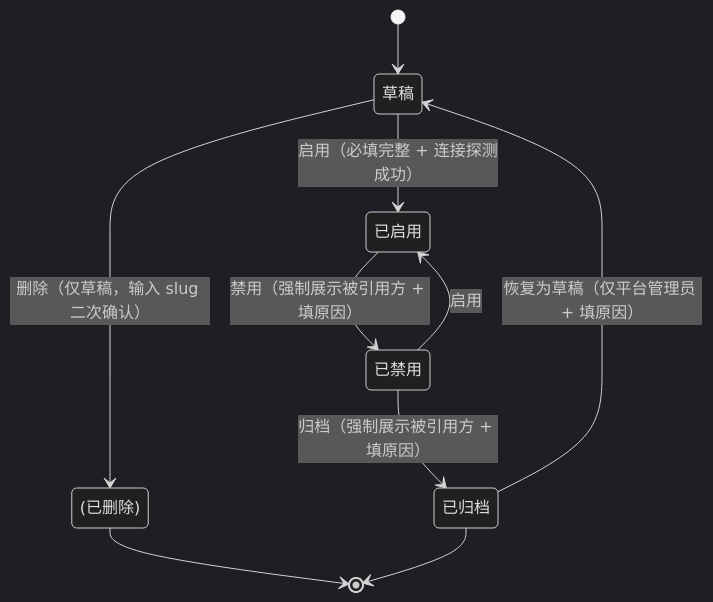
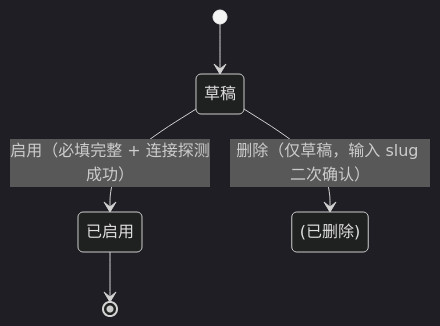
The fifth of 18 diagrams in docs/需求文档/20260709-【PRD】AI工作台-首页智能体-天马智擎.md (fri555/PORTL), drawn with Mermaid (dark theme) before and after one commit. The commit also changed other lines of this file, not shown here.

````diff
--- a/docs/需求文档/20260709-【PRD】AI工作台-首页智能体-天马智擎.md
+++ b/docs/需求文档/20260709-【PRD】AI工作台-首页智能体-天马智擎.md
@@ -576,12 +576,7 @@
 ```mermaid
 stateDiagram-v2
     [*] --> 草稿
     草稿 --> 已启用 : 启用（必填完整 + 连接探测成功）
     草稿 --> (已删除) : 删除（仅草稿，输入 slug 二次确认）
-    已启用 --> 已禁用 : 禁用（强制展示被引用方 + 填原因）
-    已禁用 --> 已启用 : 启用
-    已禁用 --> 已归档 : 归档（强制展示被引用方 + 填原因）
-    已归档 --> 草稿 : 恢复为草稿（仅平台管理员 + 填原因）
-    (已删除) --> [*]
-    已归档 --> [*]
+    已启用 --> [*]
 ```
````
